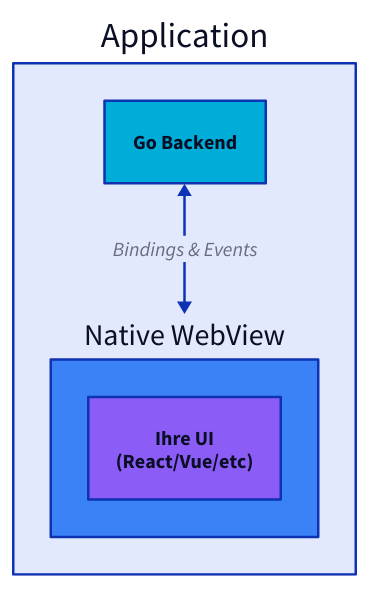
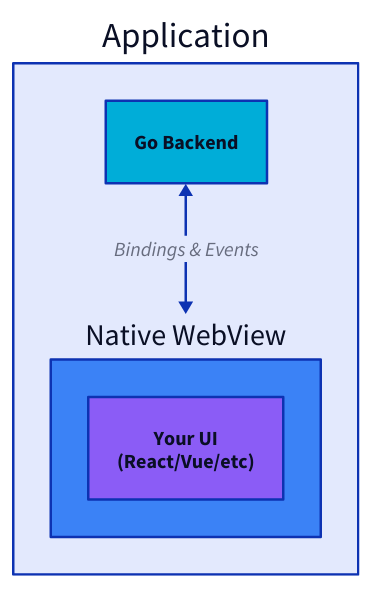
One commit to nagyist/wails changed the diagram in docs/src/content/docs/de/quick-start/why-wails.mdx. Above: the diagram before and after it, drawn with D2.

Commit message:
i18n(de): fix content accuracy issues from review

````diff
--- a/docs/src/content/docs/de/quick-start/why-wails.mdx
+++ b/docs/src/content/docs/de/quick-start/why-wails.mdx
@@ -81,24 +81,24 @@
 ```d2
 direction: down
 
 Application: {
 Go: "Go Backend" {
   shape: rectangle
   style.fill: "#00ADD8"
 }
 WebView: "Native WebView" {
   shape: rectangle
   style.fill: "#3B82F6"
 
-    Frontend: "Ihre UI\n(React/Vue/etc)" {
+    Frontend: "Your UI\n(React/Vue/etc)" {
       shape: rectangle
       style.fill: "#8B5CF6"
     }
 
 }
 Go <-> WebView: "Bindings & Events"
 }
 
 
 
 ```
````
